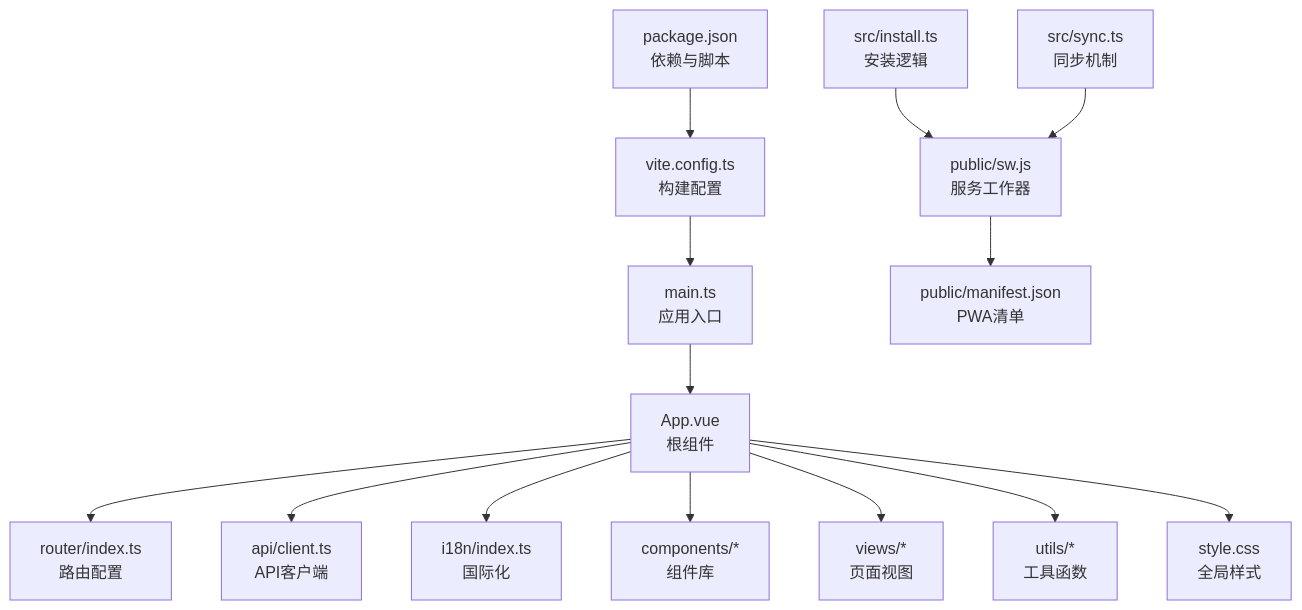
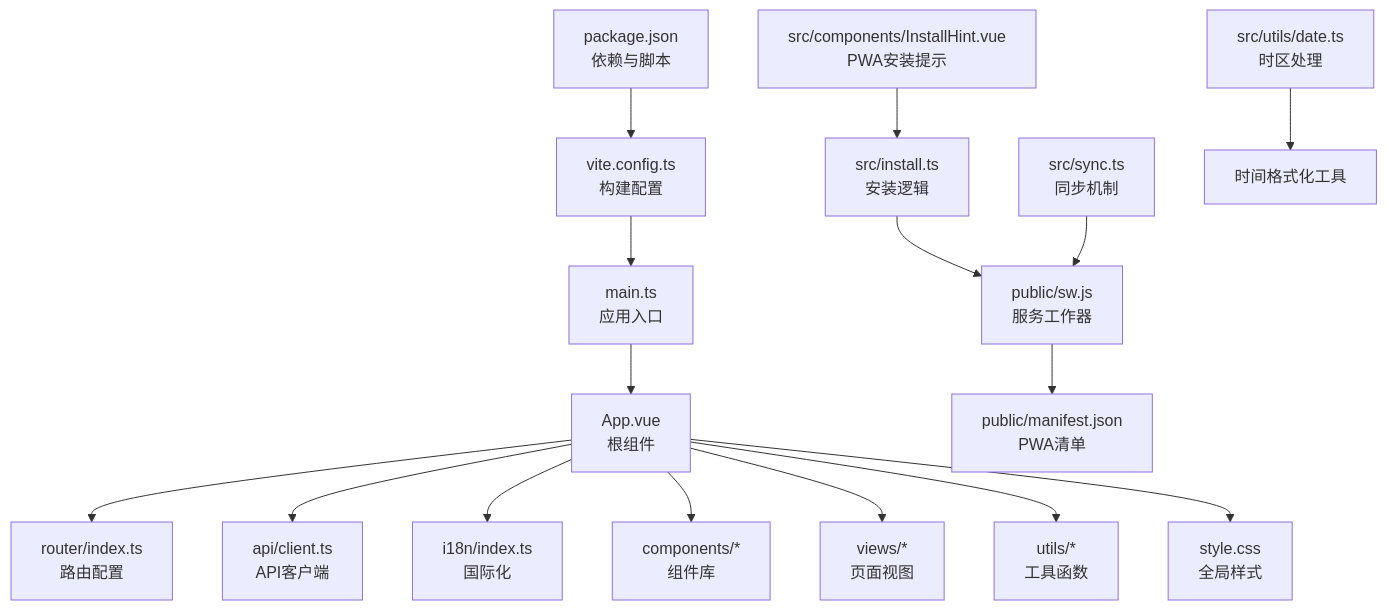
The first of 10 diagrams in .qoder/repowiki/zh/content/前端开发/前端开发.md (xufuyu/Lumen), drawn with Mermaid before and after one commit. The commit also changed other lines of this file and 43 other files, not shown here.

````diff
--- a/.qoder/repowiki/zh/content/前端开发/前端开发.md
+++ b/.qoder/repowiki/zh/content/前端开发/前端开发.md
@@ -79,16 +83,18 @@
 ```mermaid
 graph TB
 A["main.ts<br/>应用入口"] --> B["App.vue<br/>根组件"]
 B --> C["router/index.ts<br/>路由配置"]
 B --> D["api/client.ts<br/>API客户端"]
 B --> E["i18n/index.ts<br/>国际化"]
 B --> F["components/*<br/>组件库"]
 B --> G["views/*<br/>页面视图"]
 B --> H["utils/*<br/>工具函数"]
 B --> I["style.css<br/>全局样式"]
 J["vite.config.ts<br/>构建配置"] --> A
 K["package.json<br/>依赖与脚本"] --> J
 L["public/sw.js<br/>服务工作器"] --> M["public/manifest.json<br/>PWA清单"]
 N["src/install.ts<br/>安装逻辑"] --> L
 O["src/sync.ts<br/>同步机制"] --> L
+P["src/components/InstallHint.vue<br/>PWA安装提示"] --> N
+Q["src/utils/date.ts<br/>时区处理"] --> R["时间格式化工具"]
 ```
````
